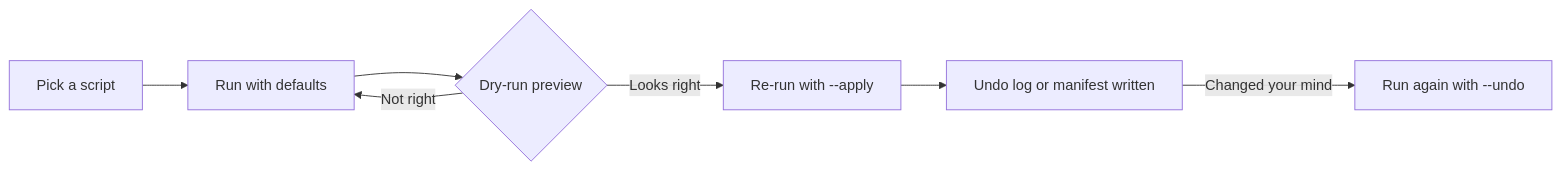
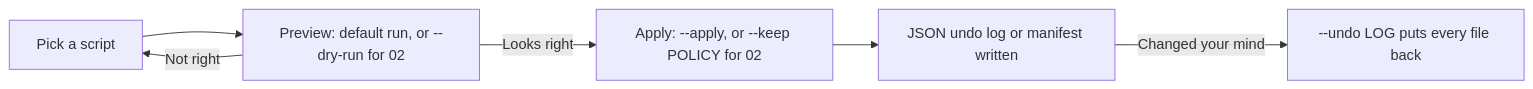
The diagram in README.md (AleBrito124356/python-automation-toolbox), drawn with Mermaid before and after one commit. The commit also changed other lines of this file and 1 other file, not shown here.

First line of the commit message:
Document the real safety contract, undo readers and uptime monitor

````diff
--- a/README.md
+++ b/README.md
@@ -20,9 +21,8 @@
 ```mermaid
 flowchart LR
-    A[Pick a script] --> B[Run with defaults]
-    B --> C{Dry-run preview}
-    C -->|Looks right| D[Re-run with --apply]
-    C -->|Not right| B
-    D --> E[Undo log or manifest written]
-    E -->|Changed your mind| F[Run again with --undo]
+    A[Pick a script] --> B[Preview: default run, or --dry-run for 02]
+    B -->|Not right| A
+    B -->|Looks right| C[Apply: --apply, or --keep POLICY for 02]
+    C --> D[JSON undo log or manifest written]
+    D -->|Changed your mind| E[--undo LOG puts every file back]
 ```
````
